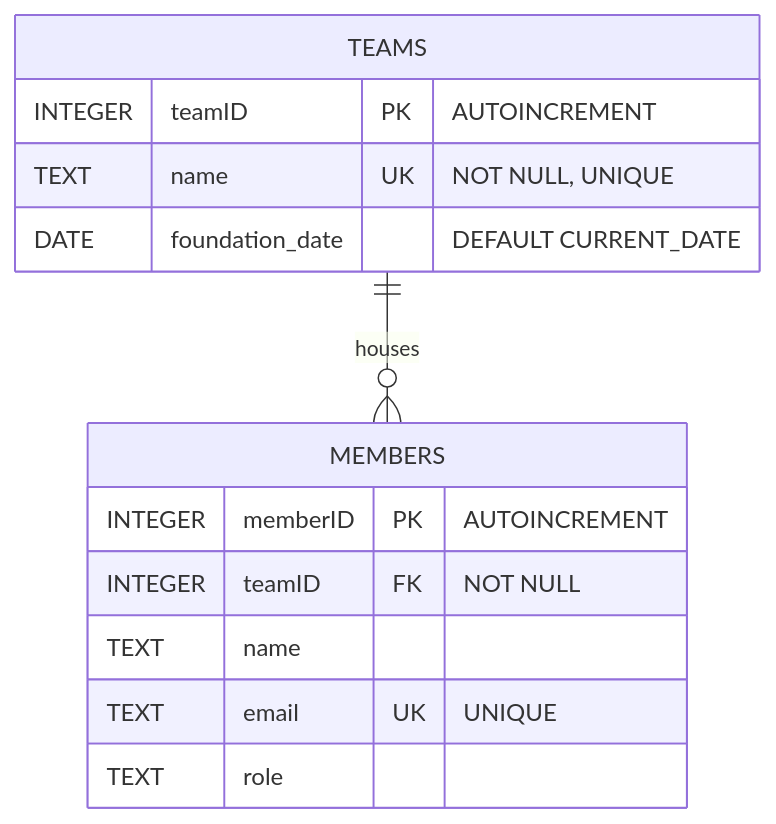
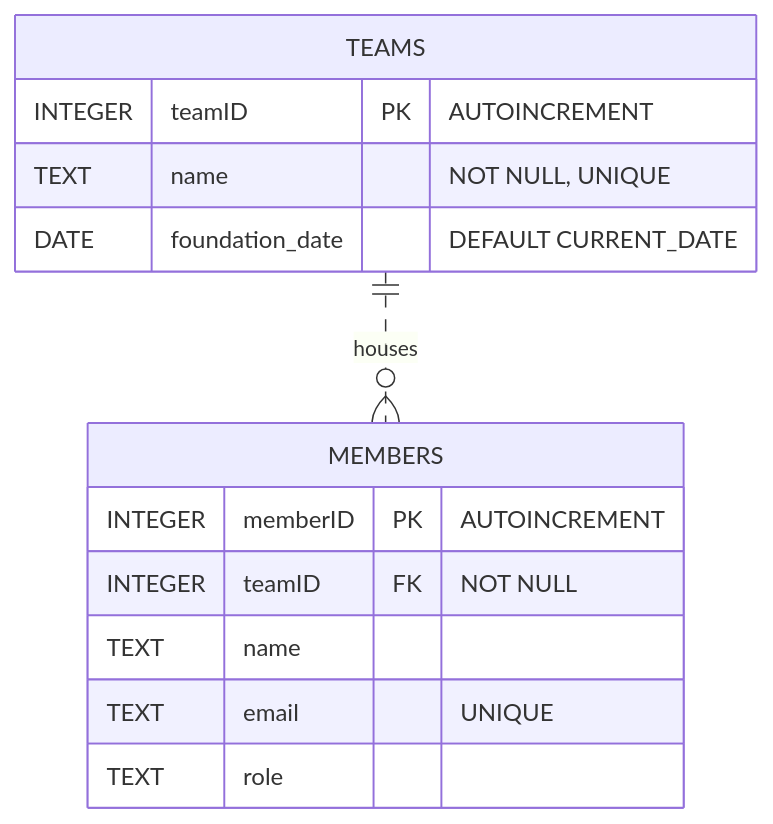
The diagram in exercises/Day-8-DB-connect-BE/README.md (qbao-915/Agilityio-internship-training), drawn with Mermaid before and after one commit.

Commit message:
docs: standardize Mermaid ERD relationship style and keys

````diff
--- a/exercises/Day-8-DB-connect-BE/README.md
+++ b/exercises/Day-8-DB-connect-BE/README.md
@@ -23,16 +23,16 @@
 ```mermaid
 erDiagram
     TEAMS {
         INTEGER teamID PK "AUTOINCREMENT"
-        TEXT name UK "NOT NULL, UNIQUE"
+        TEXT name "NOT NULL, UNIQUE"
         DATE foundation_date "DEFAULT CURRENT_DATE"
     }
     MEMBERS {
         INTEGER memberID PK "AUTOINCREMENT"
         INTEGER teamID FK "NOT NULL"
         TEXT name
-        TEXT email UK "UNIQUE"
+        TEXT email "UNIQUE"
         TEXT role
     }
-    TEAMS ||--o{ MEMBERS : "houses"
+    TEAMS ||..o{ MEMBERS : "houses"
 ```
````
